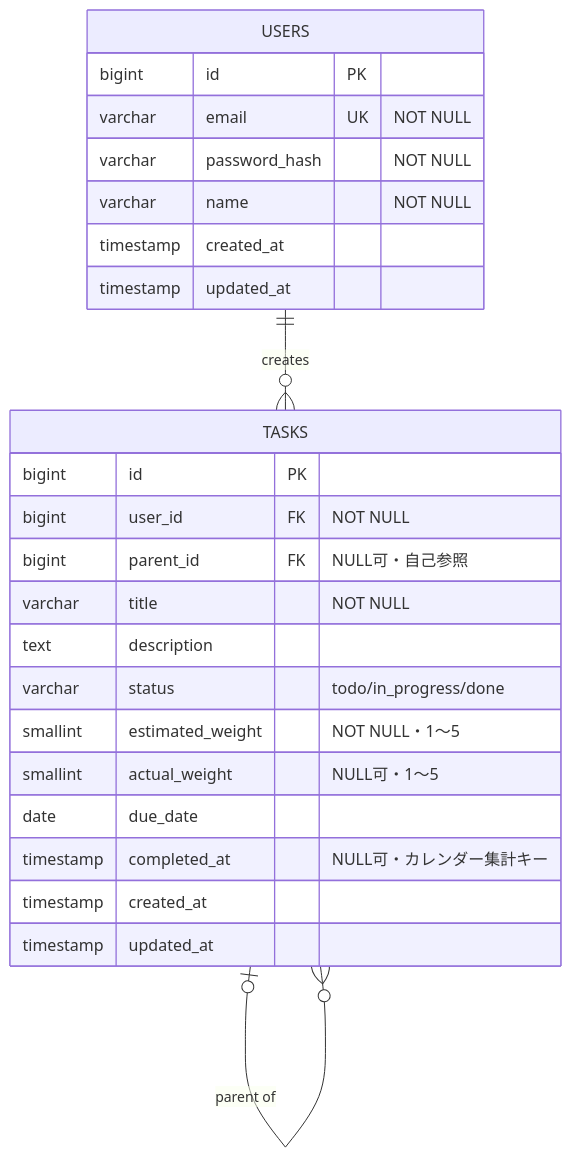
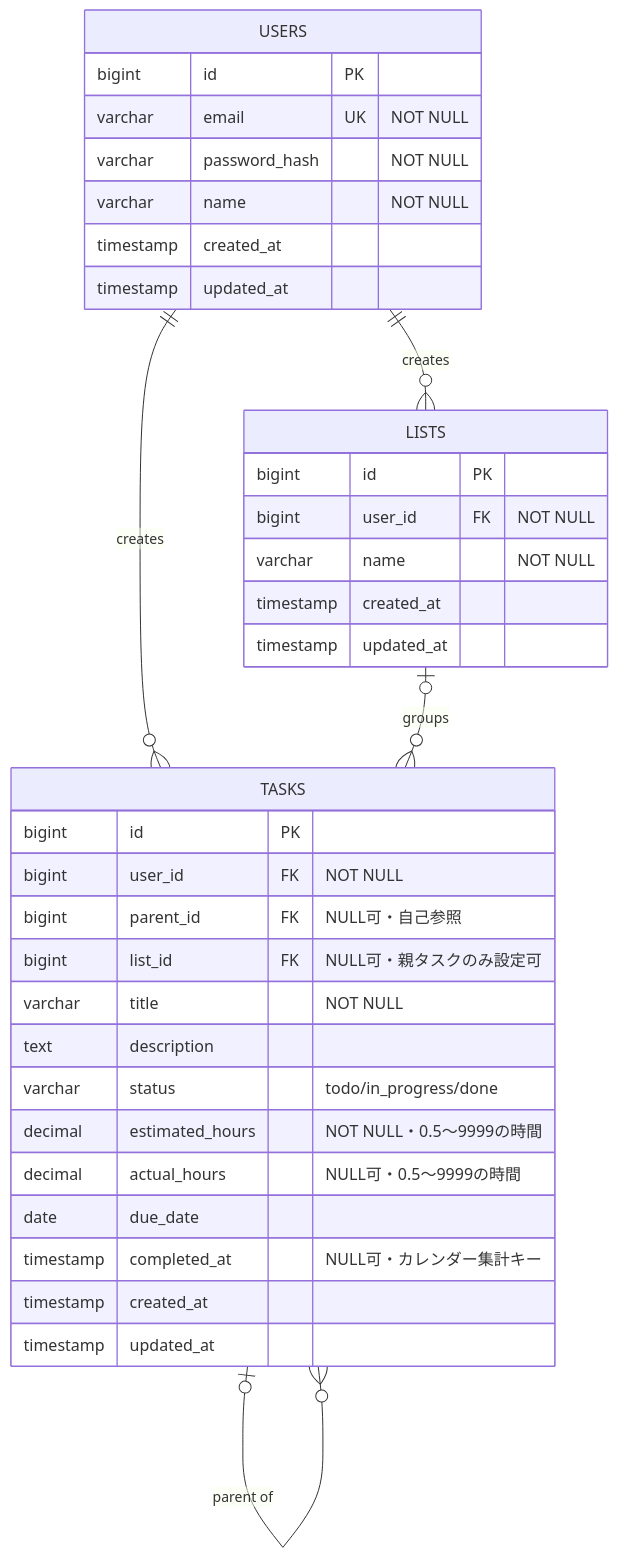
Before and after one commit to soshimatsumae/devops-camp: the diagram in docs/ER_DIAGRAM.md, drawn with Mermaid. The commit also changed other lines of this file and 29 other files, not shown here.

````diff
--- a/docs/ER_DIAGRAM.md
+++ b/docs/ER_DIAGRAM.md
@@ -5,29 +5,40 @@
 ```mermaid
 erDiagram
     USERS ||--o{ TASKS : "creates"
+    USERS ||--o{ LISTS : "creates"
     TASKS o|--o{ TASKS : "parent of"
+    LISTS o|--o{ TASKS : "groups"
 
     USERS {
         bigint id PK
         varchar email UK "NOT NULL"
         varchar password_hash "NOT NULL"
         varchar name "NOT NULL"
         timestamp created_at
         timestamp updated_at
     }
 
+    LISTS {
+        bigint id PK
+        bigint user_id FK "NOT NULL"
+        varchar name "NOT NULL"
+        timestamp created_at
+        timestamp updated_at
+    }
+
     TASKS {
         bigint id PK
         bigint user_id FK "NOT NULL"
         bigint parent_id FK "NULL可・自己参照"
+        bigint list_id FK "NULL可・親タスクのみ設定可"
         varchar title "NOT NULL"
         text description
         varchar status "todo/in_progress/done"
-        smallint estimated_weight "NOT NULL・1〜5"
-        smallint actual_weight "NULL可・1〜5"
+        decimal estimated_hours "NOT NULL・0.5〜9999の時間"
+        decimal actual_hours "NULL可・0.5〜9999の時間"
         date due_date
         timestamp completed_at "NULL可・カレンダー集計キー"
         timestamp created_at
         timestamp updated_at
     }
 ```
````
